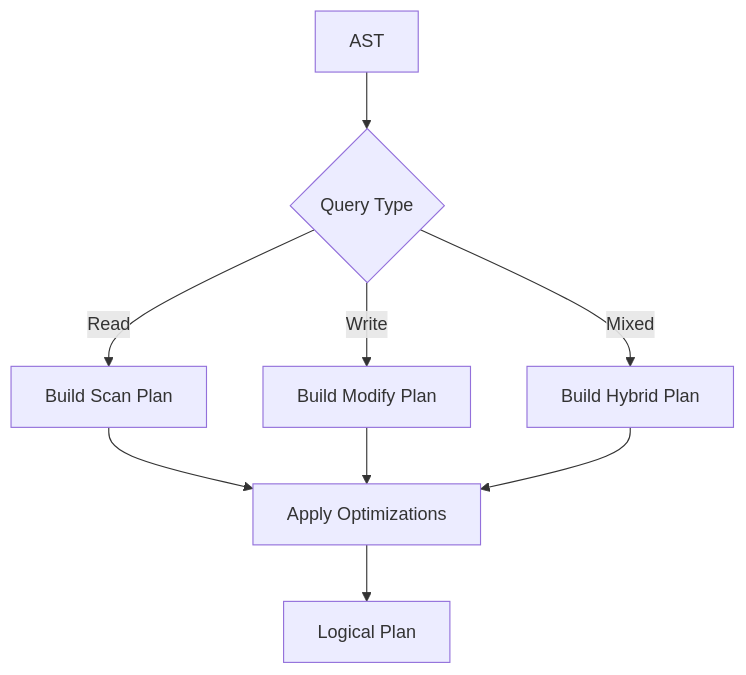
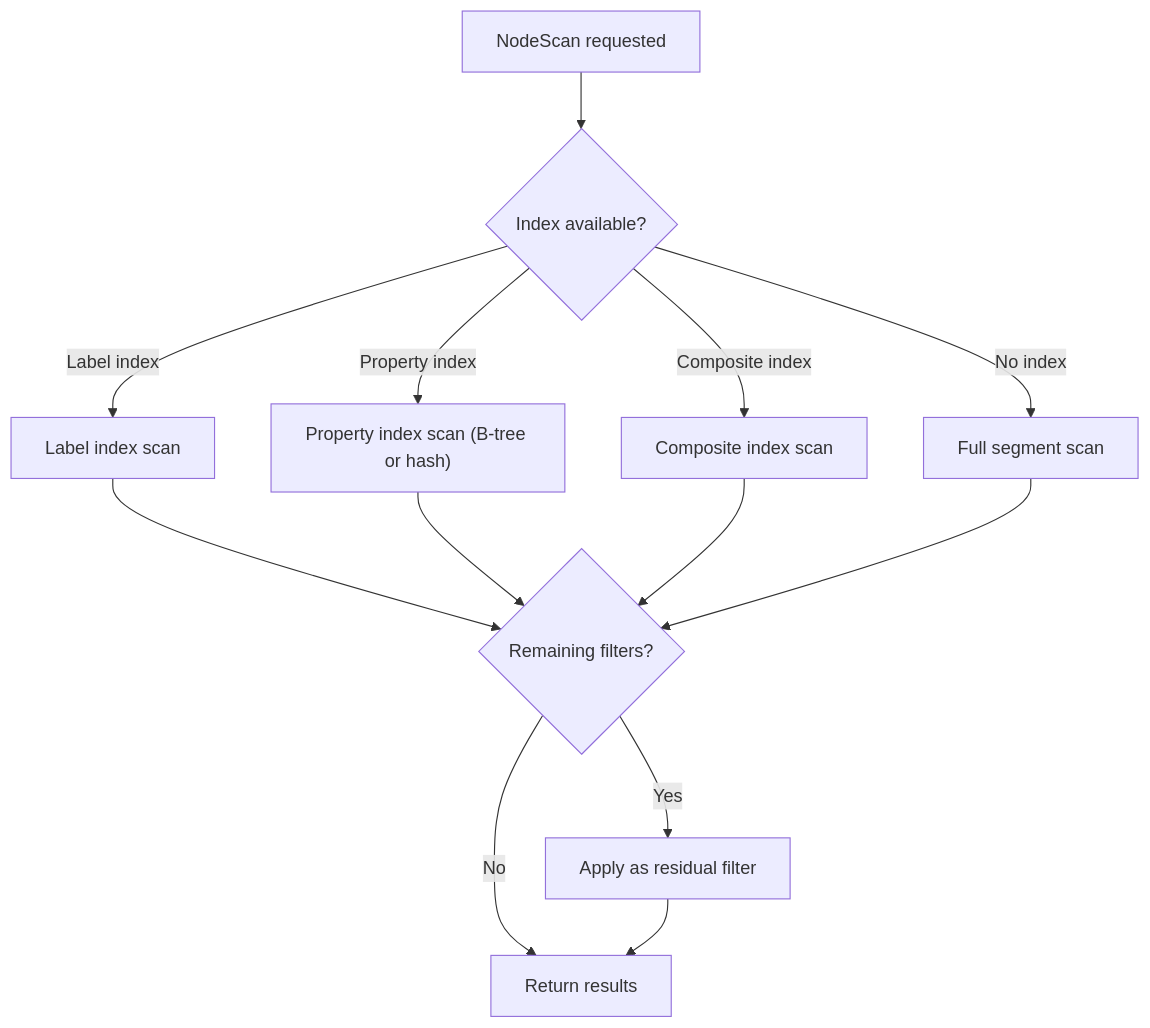
The fourth of 4 diagrams in docs/apps/docs/content/docs/en/zyx/architecture/query-engine.mdx (nexepic/zyx), drawn with Mermaid before and after one commit. The commit also changed other lines of this file and 73 other files, not shown here.

````diff
--- a/docs/apps/docs/content/docs/en/zyx/architecture/query-engine.mdx
+++ b/docs/apps/docs/content/docs/en/zyx/architecture/query-engine.mdx
@@ -119,13 +145,16 @@
 ```mermaid
 graph TD
-    A[AST] --> B{Query Type}
-    B -->|Read| C[Build Scan Plan]
-    B -->|Write| D[Build Modify Plan]
-    B -->|Mixed| E[Build Hybrid Plan]
+    A["NodeScan requested"] --> B{Index available?}
+    B -->|Label index| C["Label index scan"]
+    B -->|Property index| D["Property index scan (B-tree or hash)"]
+    B -->|Composite index| E["Composite index scan"]
+    B -->|No index| F["Full segment scan"]
 
-    C --> F[Apply Optimizations]
-    D --> F
-    E --> F
-
-    F --> G[Logical Plan]
+    C --> G{"Remaining filters?"}
+    D --> G
+    E --> G
+    F --> G
+    G -->|Yes| H["Apply as residual filter"]
+    G -->|No| I["Return results"]
+    H --> I
 ```
````
